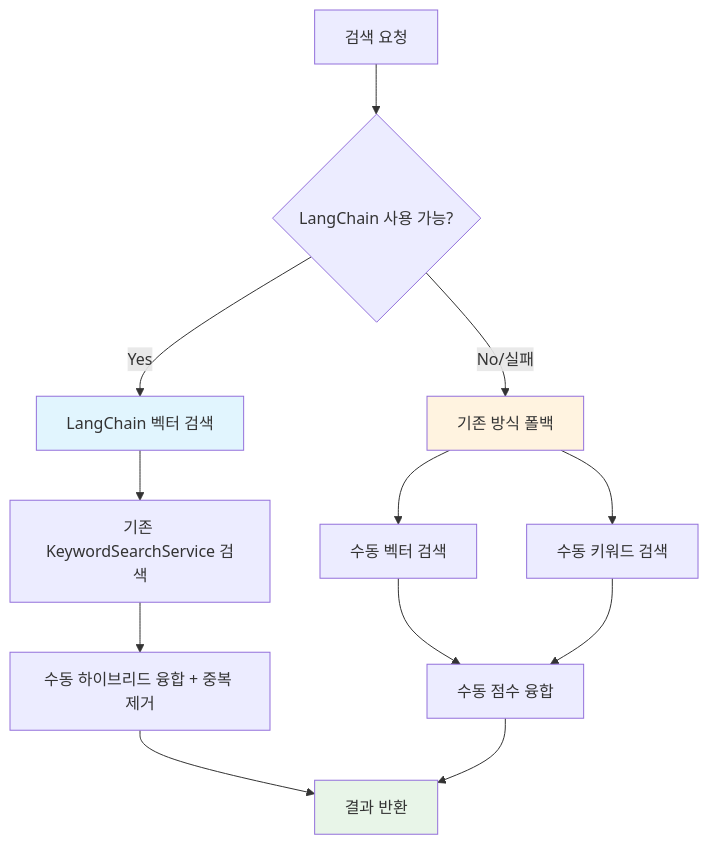
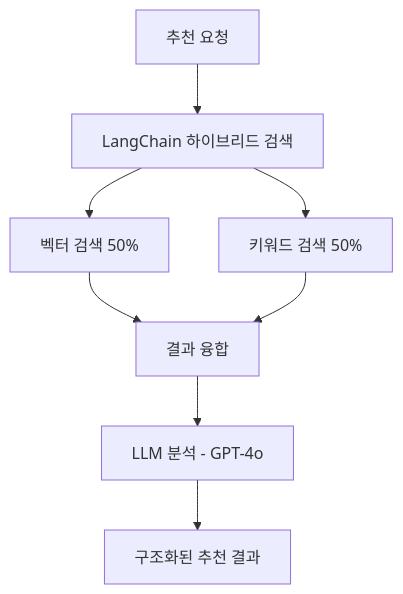
The second of 3 diagrams in README_jr.md (gangnam-2-insol/workspace-new), drawn with Mermaid before and after one commit. The commit also changed other lines of this file and 1 other file, not shown here.

````diff
--- a/README_jr.md
+++ b/README_jr.md
@@ -1016,19 +319,10 @@
 ```mermaid
 graph TD
-    A[검색 요청] --> B{LangChain 사용 가능?}
-    B -->|Yes| C[LangChain 벡터 검색]
-    C --> D[기존 KeywordSearchService 검색]
-    D --> E[수동 하이브리드 융합 + 중복 제거]
-    E --> F[결과 반환]
-    
-    B -->|No/실패| G[기존 방식 폴백]
-    G --> H[수동 벡터 검색]
-    G --> I[수동 키워드 검색]
-    H --> J[수동 점수 융합]
-    I --> J
-    J --> F
-    
-    style C fill:#e1f5fe
-    style G fill:#fff3e0
-    style F fill:#e8f5e8
+    A[추천 요청] --> B[LangChain 하이브리드 검색]
+    B --> C[벡터 검색 50%]
+    B --> D[키워드 검색 50%]
+    C --> E[결과 융합]
+    D --> E
+    E --> F[LLM 분석 - GPT-4o]
+    F --> G[구조화된 추천 결과]
 ```
````
